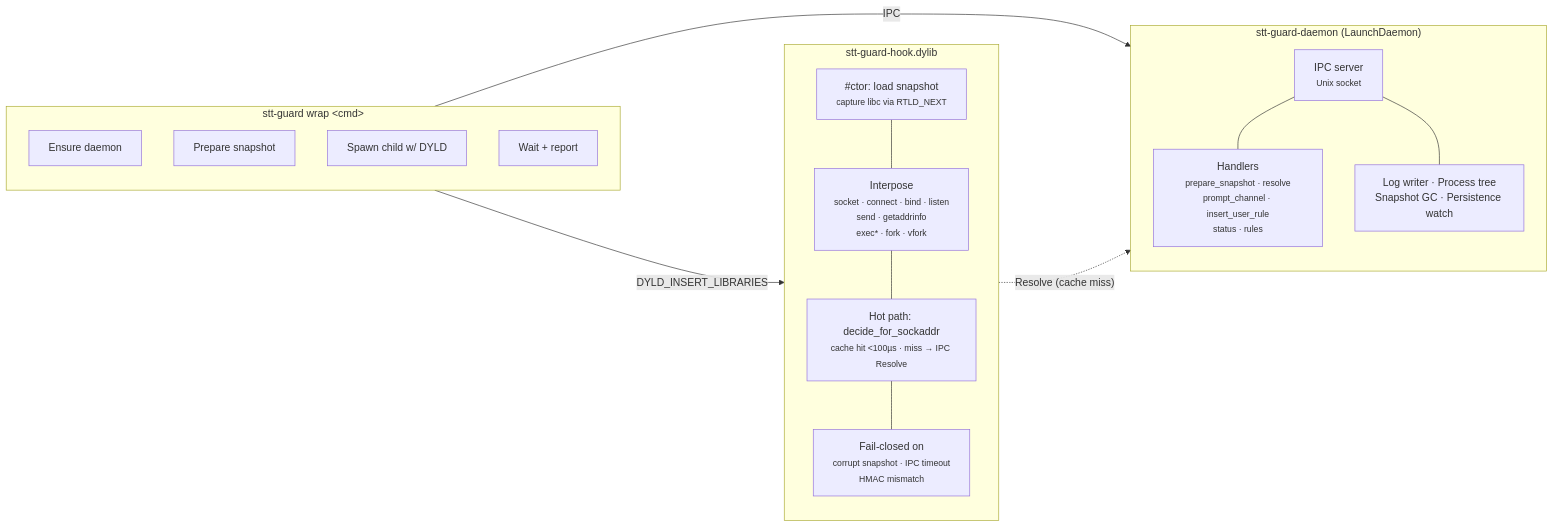
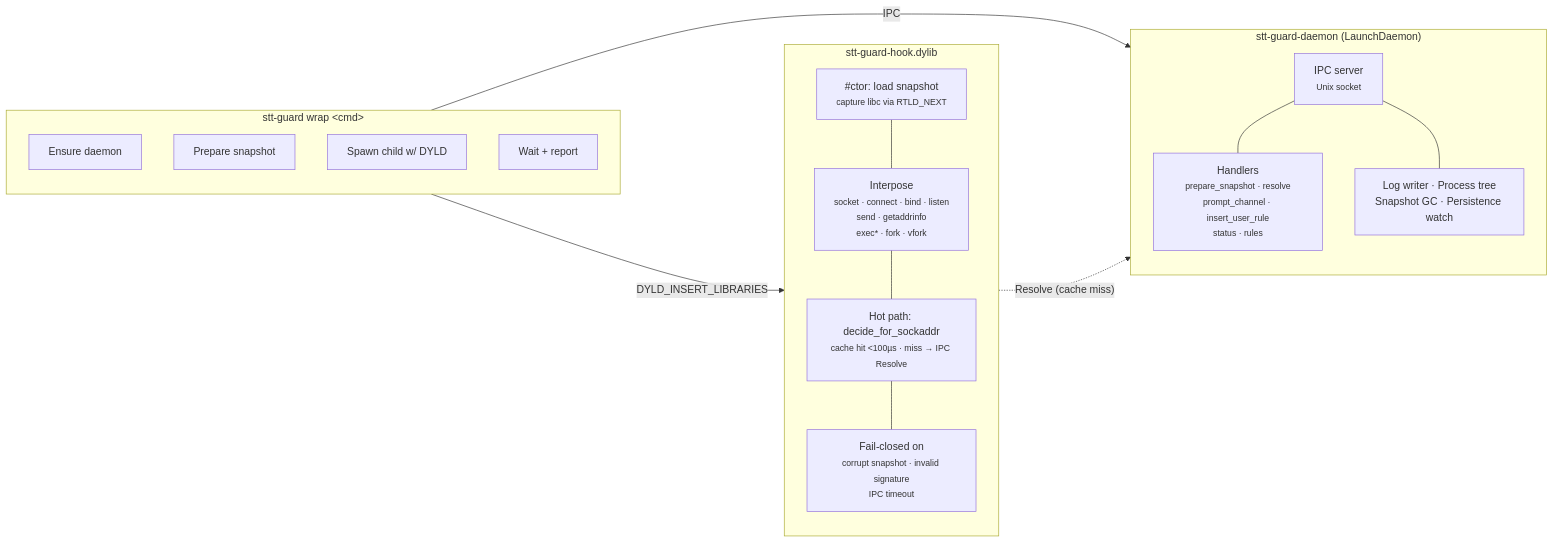
One commit to stentorian-io/guard changed the diagram in CONTRIBUTING.md. Above: the diagram before and after it, drawn with Mermaid. The commit also changed other lines of this file and 28 other files, not shown here.

Commit message:
fix: security: remove IPC HMAC mode (#49)

````diff
--- a/CONTRIBUTING.md
+++ b/CONTRIBUTING.md
@@ -87,33 +87,33 @@
 ```mermaid
 graph LR
     subgraph CLI["stt-guard wrap &lt;cmd&gt;"]
         C1[Ensure daemon]
         C2[Prepare snapshot]
         C3[Spawn child w/ DYLD]
         C4[Wait + report]
     end
 
     subgraph Daemon["stt-guard-daemon (LaunchDaemon)"]
         direction TB
         IPC["IPC server<br/><small>Unix socket</small>"]
         H["Handlers<br/><small>prepare_snapshot · resolve<br/>prompt_channel · insert_user_rule<br/>status · rules</small>"]
         Log["Log writer · Process tree<br/>Snapshot GC · Persistence watch"]
         IPC --- H
         IPC --- Log
     end
 
     subgraph Hook["stt-guard-hook.dylib"]
         direction TB
         Ctor["#ctor: load snapshot<br/><small>capture libc via RTLD_NEXT</small>"]
         Interpose["Interpose<br/><small>socket · connect · bind · listen<br/>send · getaddrinfo<br/>exec* · fork · vfork</small>"]
         Hot["Hot path: decide_for_sockaddr<br/><small>cache hit &lt;100µs · miss → IPC Resolve</small>"]
-        Fail["Fail-closed on<br/><small>corrupt snapshot · IPC timeout<br/>HMAC mismatch</small>"]
+        Fail["Fail-closed on<br/><small>corrupt snapshot · invalid signature<br/>IPC timeout</small>"]
         Ctor --- Interpose
         Interpose --- Hot
         Hot --- Fail
     end
 
     CLI -- "IPC" --> Daemon
     CLI -- "DYLD_INSERT_LIBRARIES" --> Hook
     Hook -. "Resolve (cache miss)" .-> Daemon
 ```
````
